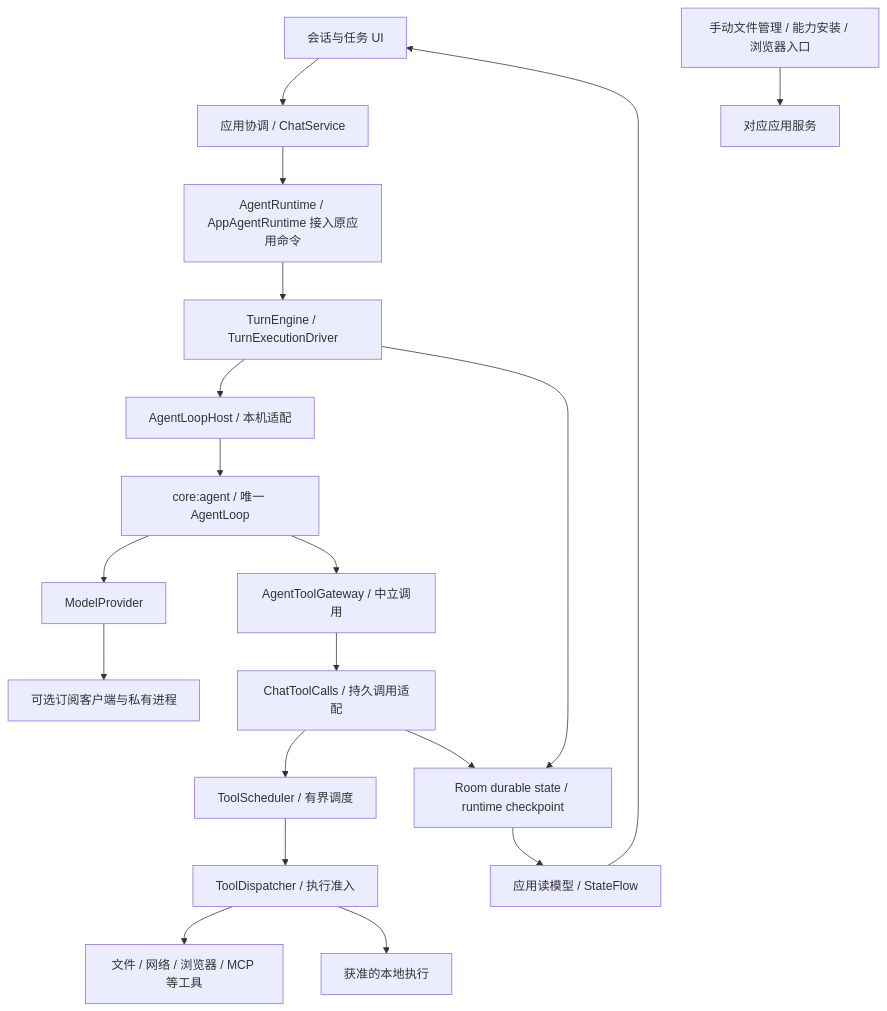
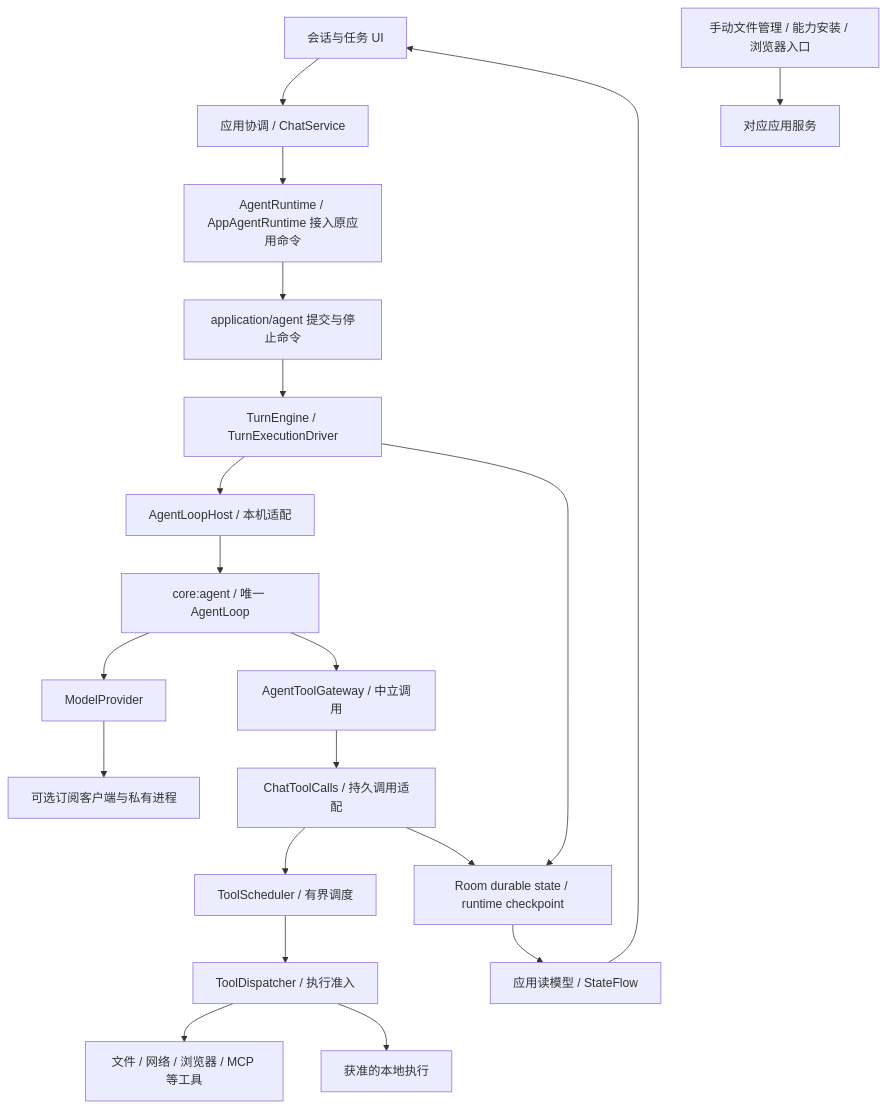
One commit to dollarser/helix-agent changed the diagram in docs/architecture/overview.md. Above: the diagram before and after it, drawn with Mermaid. The commit also changed other lines of this file and 132 other files, not shown here.

Commit message:
refactor(agent): isolate application commands and typed prompt content

````diff
--- a/docs/architecture/overview.md
+++ b/docs/architecture/overview.md
@@ -18,21 +18,22 @@
 ```mermaid
 flowchart TD
   UI[会话与任务 UI] --> Coordinator[应用协调 / ChatService]
   Coordinator --> Entry[AgentRuntime / AppAgentRuntime 接入原应用命令]
-  Entry --> Engine[TurnEngine / TurnExecutionDriver]
+  Entry --> Commands[application/agent 提交与停止命令]
+  Commands --> Engine[TurnEngine / TurnExecutionDriver]
   Engine --> Host[AgentLoopHost / 本机适配]
   Host --> Loop[core:agent / 唯一 AgentLoop]
   Engine --> State[Room durable state / runtime checkpoint]
   Loop --> Provider[ModelProvider]
   Loop --> Gateway[AgentToolGateway / 中立调用]
   Gateway --> Adapter[ChatToolCalls / 持久调用适配]
   Adapter --> Scheduler[ToolScheduler / 有界调度]
   Scheduler --> Dispatcher[ToolDispatcher / 执行准入]
   Dispatcher --> Tools[文件 / 网络 / 浏览器 / MCP 等工具]
   Dispatcher --> Runtime[获准的本地执行]
   Manual[手动文件管理 / 能力安装 / 浏览器入口] --> Services[对应应用服务]
   Adapter --> State
   State --> Projection[应用读模型 / StateFlow]
   Projection --> UI
   Provider --> Subscription[可选订阅客户端与私有进程]
 ```
````
